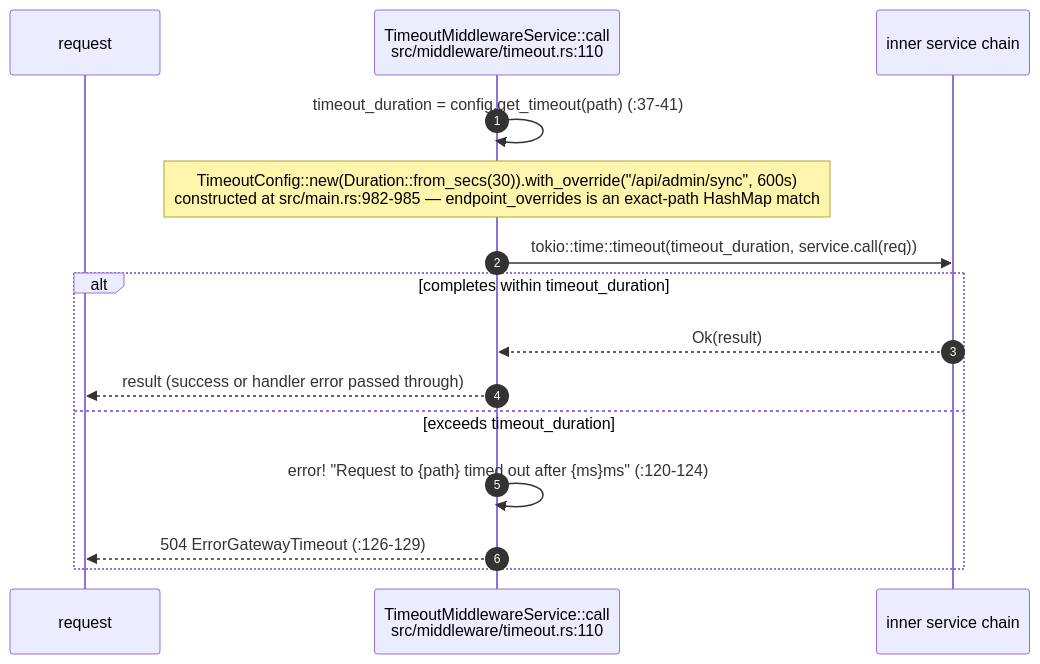
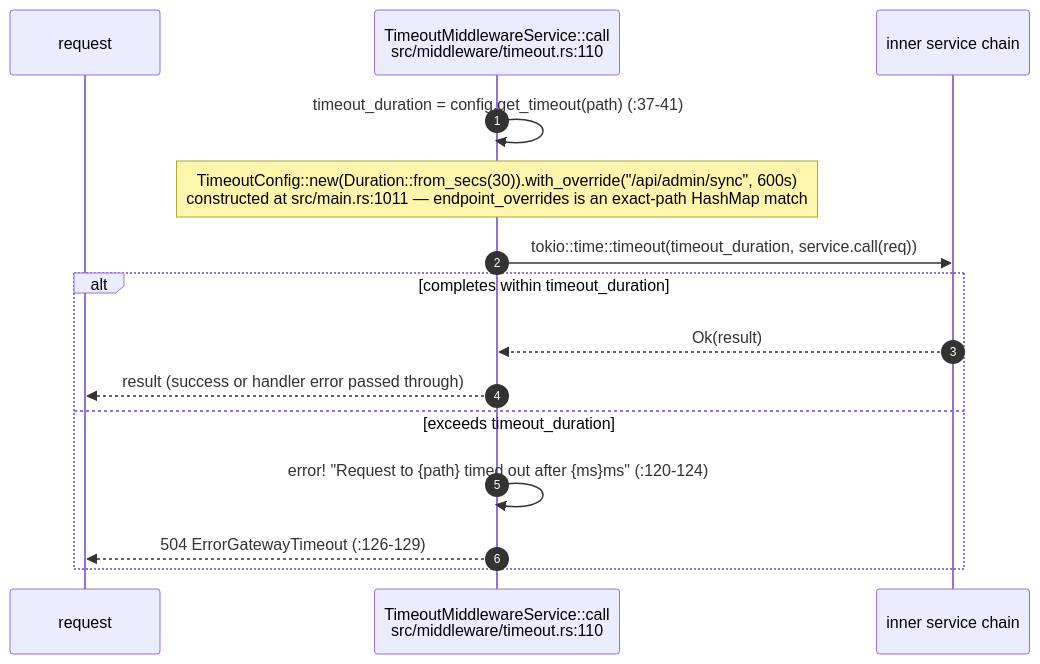
One commit to DreamLab-AI/VisionFlow changed diagram 13 of 17 in docs/diagrams/visionclaw/03-request-lifecycle-and-rbac.md. Above: the diagram before and after it, drawn with Mermaid. The commit also changed other lines of this file and 51 other files, not shown here.

First line of the commit message:
docs(diagrams): agentbox AB-01..13 re-attested anchor by anchor (980 anchors, 22 defects); checkpoint against an out-of-mesh writer

````diff
--- a/docs/diagrams/visionclaw/03-request-lifecycle-and-rbac.md
+++ b/docs/diagrams/visionclaw/03-request-lifecycle-and-rbac.md
@@ -518,18 +520,18 @@
 ```mermaid
 sequenceDiagram
     autonumber
     participant R as request
     participant TO as TimeoutMiddlewareService::call<br/>src/middleware/timeout.rs:110
     participant SVC as inner service chain
 
     TO->>TO: timeout_duration = config.get_timeout(path) (:37-41)
-    Note over TO: TimeoutConfig::new(Duration::from_secs(30)).with_override("/api/admin/sync", 600s)<br/>constructed at src/main.rs:982-985 — endpoint_overrides is an exact-path HashMap match
+    Note over TO: TimeoutConfig::new(Duration::from_secs(30)).with_override("/api/admin/sync", 600s)<br/>constructed at src/main.rs:1011 — endpoint_overrides is an exact-path HashMap match
     TO->>SVC: tokio::time::timeout(timeout_duration, service.call(req))
     alt completes within timeout_duration
         SVC-->>TO: Ok(result)
         TO-->>R: result (success or handler error passed through)
     else exceeds timeout_duration
         TO->>TO: error! "Request to {path} timed out after {ms}ms" (:120-124)
         TO-->>R: 504 ErrorGatewayTimeout (:126-129)
     end
 ```
````
